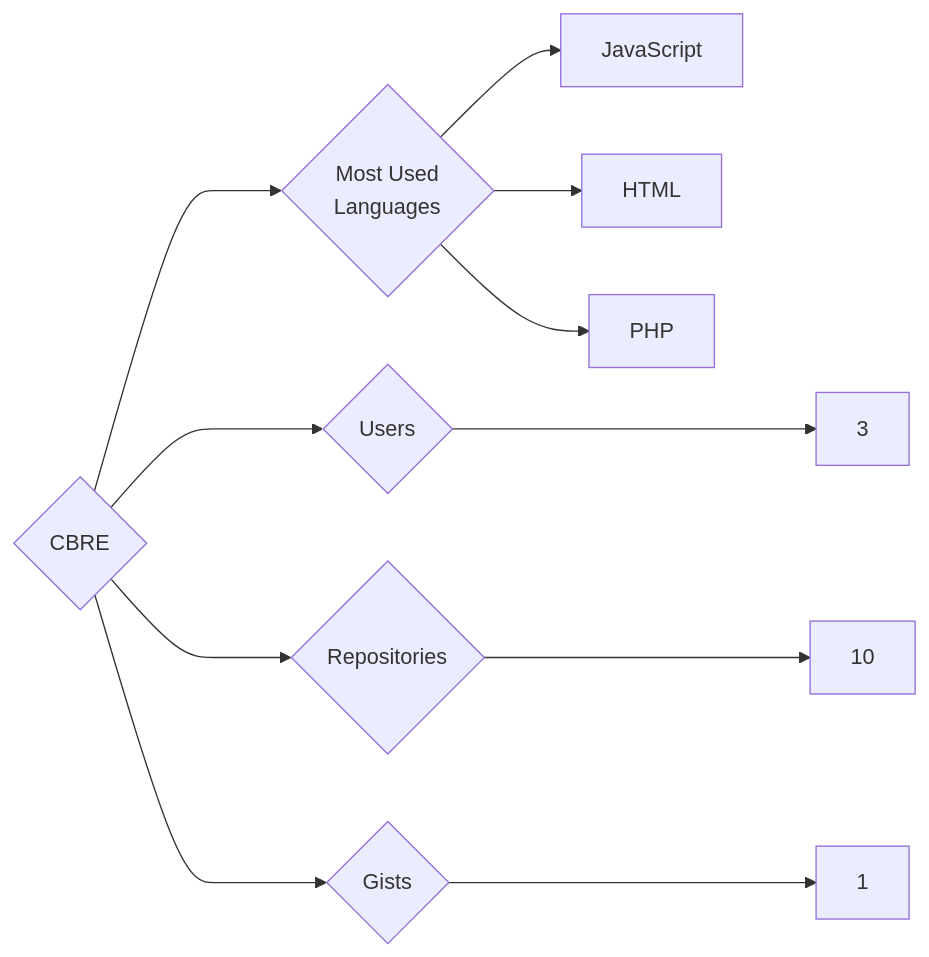
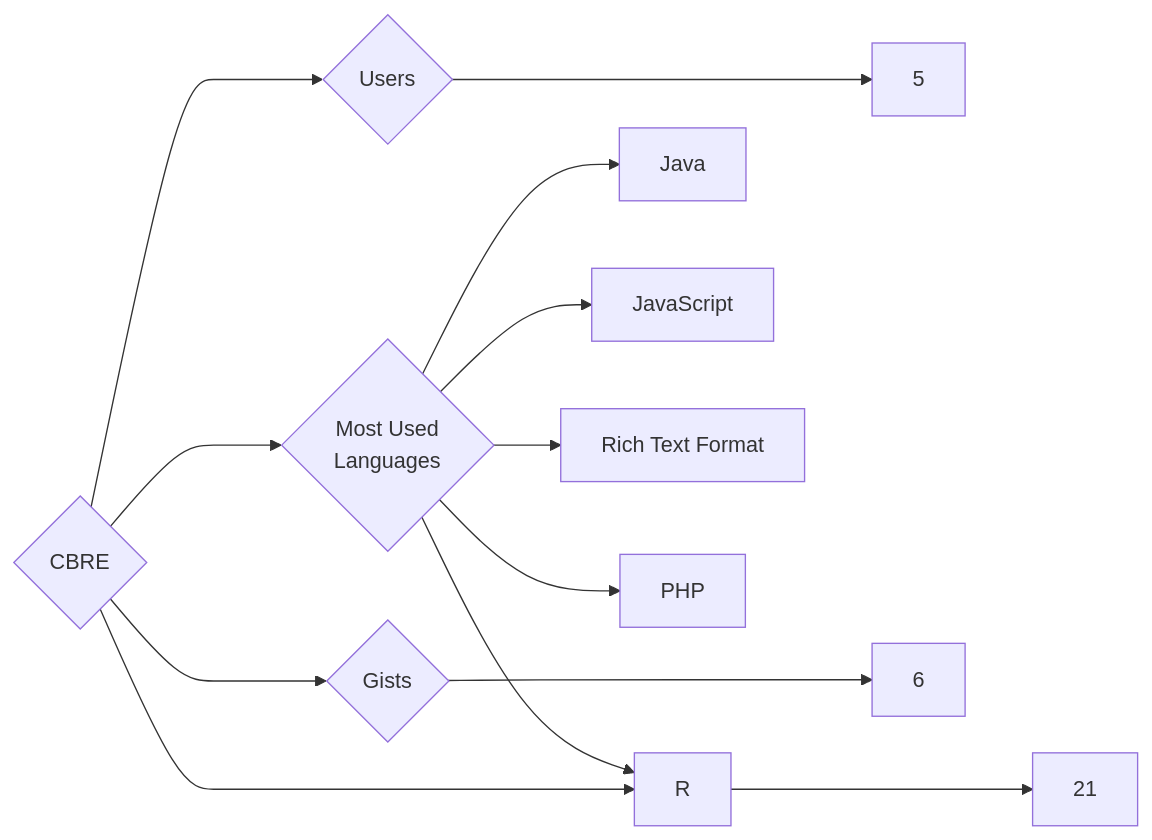
One commit to trickest/insiders changed the diagram in targets/CBRE/README.md. Above: the diagram before and after it, drawn with Mermaid. The commit also changed 1212 other files, not shown here.

````diff
--- a/targets/CBRE/README.md
+++ b/targets/CBRE/README.md
@@ -3,11 +3,13 @@
 ```mermaid
 graph LR
 COMPANY_NAME{CBRE}
-COMPANY_NAME ---> U{Users} ---> UN[3]
-COMPANY_NAME ---> R{Repositories} ---> RN[10]
-COMPANY_NAME ---> G{Gists} ---> GN[1]
+COMPANY_NAME ---> U{Users} ---> UN[5]
+COMPANY_NAME ---> R{Repositories} ---> RN[21]
+COMPANY_NAME ---> G{Gists} ---> GN[6]
 COMPANY_NAME ---> ML{Most Used<br>Languages}
+ML --> Java[Java]
 ML --> JavaScript[JavaScript]
-ML --> HTML[HTML]
+ML --> Rich_Text_Format[Rich Text Format]
+ML --> R[R]
 ML --> PHP[PHP]
 ```
````
